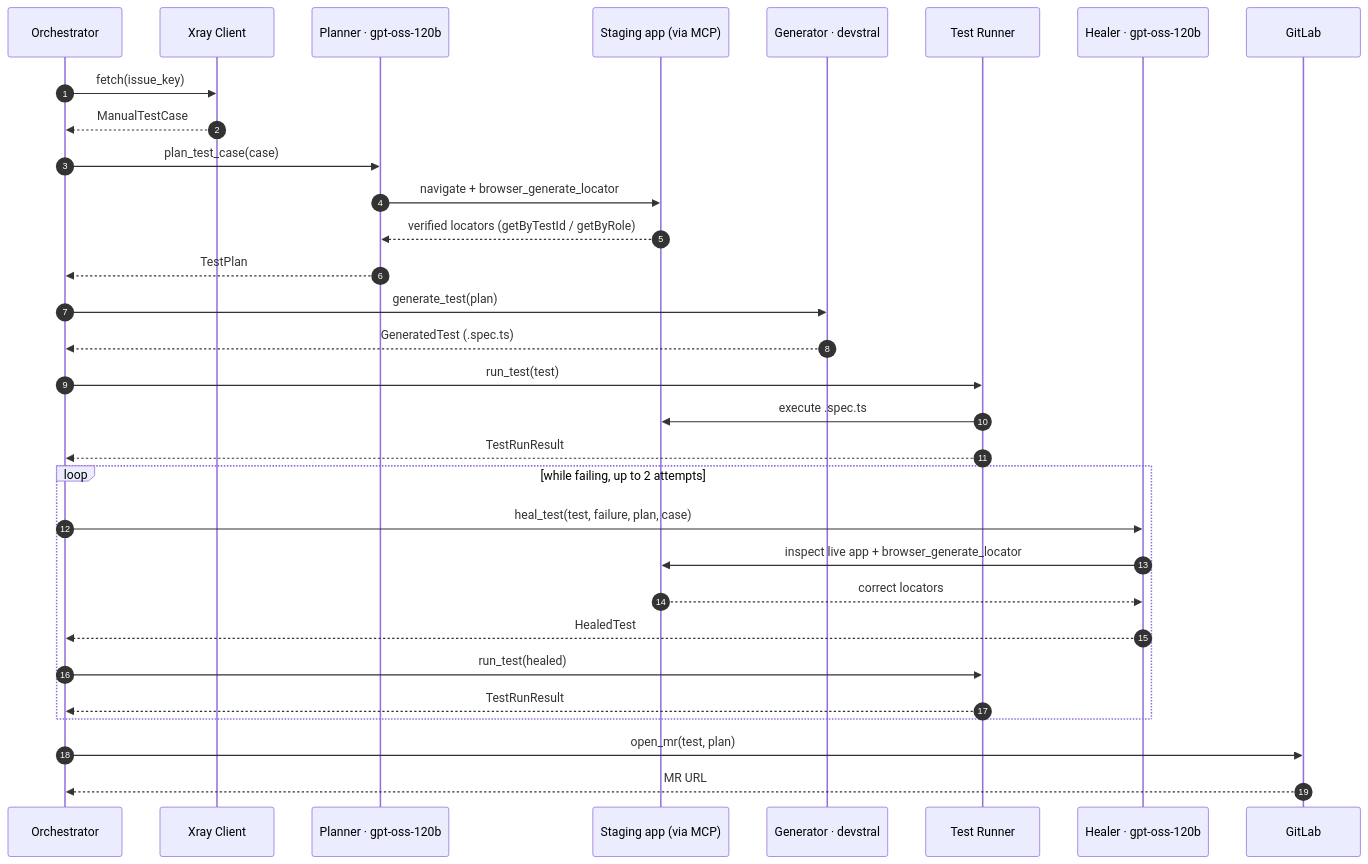
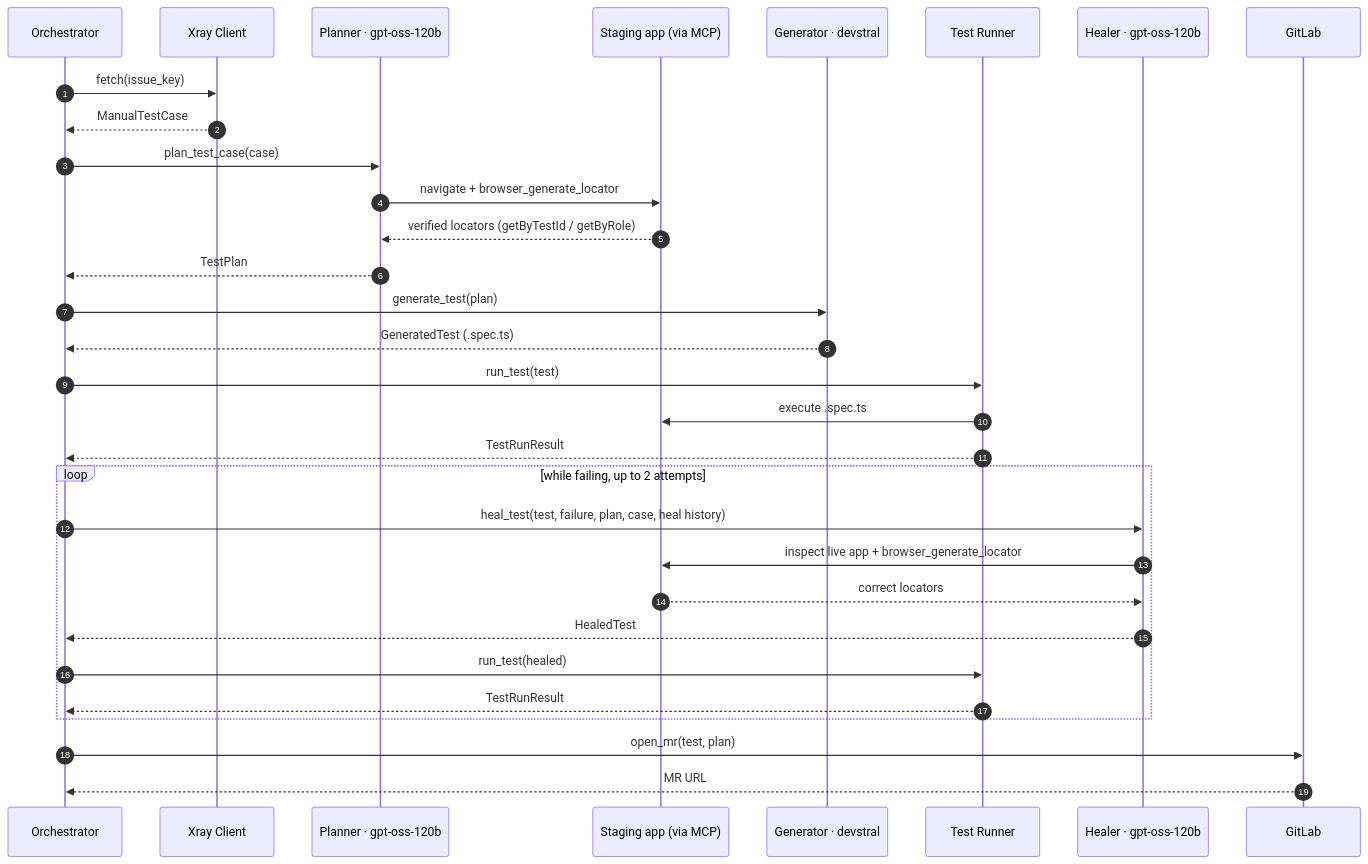
One commit to jpucic00/agentic-test-automation changed the second of 3 diagrams in docs/WORKFLOW.md. Above: the diagram before and after it, drawn with Mermaid. The commit also changed other lines of this file and 5 other files, not shown here.

First line of the commit message:
Give the Healer the history of earlier heal attempts

````diff
--- a/docs/WORKFLOW.md
+++ b/docs/WORKFLOW.md
@@ -38,36 +38,36 @@
 ```mermaid
 sequenceDiagram
     autonumber
     participant O as Orchestrator
     participant X as Xray Client
     participant P as Planner · gpt-oss-120b
     participant B as Staging app (via MCP)
     participant G as Generator · devstral
     participant R as Test Runner
     participant H as Healer · gpt-oss-120b
     participant L as GitLab
 
     O->>X: fetch(issue_key)
     X-->>O: ManualTestCase
     O->>P: plan_test_case(case)
     P->>B: navigate + browser_generate_locator
     B-->>P: verified locators (getByTestId / getByRole)
     P-->>O: TestPlan
     O->>G: generate_test(plan)
     G-->>O: GeneratedTest (.spec.ts)
     O->>R: run_test(test)
     R->>B: execute .spec.ts
     R-->>O: TestRunResult
 
     loop while failing, up to 2 attempts
-        O->>H: heal_test(test, failure, plan, case)
+        O->>H: heal_test(test, failure, plan, case, heal history)
         H->>B: inspect live app + browser_generate_locator
         B-->>H: correct locators
         H-->>O: HealedTest
         O->>R: run_test(healed)
         R-->>O: TestRunResult
     end
 
     O->>L: open_mr(test, plan)
     L-->>O: MR URL
 ```
````
